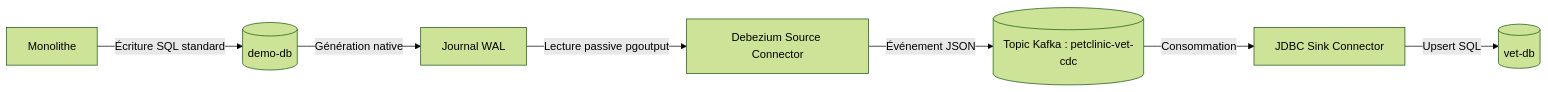
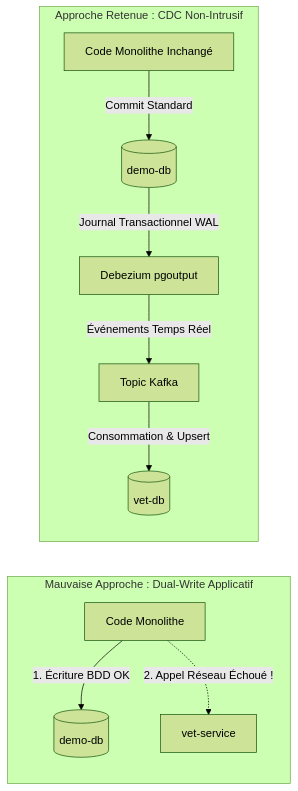
One commit to abdochiguer/Monolith-to-Microservices-Migration changed the sixth of 8 diagrams in README.md. Above: the diagram before and after it, drawn with Mermaid (forest theme). The commit also changed other lines of this file, not shown here.

````diff
--- a/README.md
+++ b/README.md
@@ -412,9 +330,14 @@
 ```mermaid
 flowchart LR
-    App[Monolithe] -->|Écriture SQL standard| PG[(demo-db)]
-    PG -->|Génération native| WAL[Journal WAL]
-    WAL -->|Lecture passive pgoutput| Deb[Debezium Source Connector]
-    Deb -->|Événement JSON| Topic[(Topic Kafka : petclinic-vet-cdc)]
-    Topic -->|Consommation| Sink[JDBC Sink Connector]
-    Sink -->|Upsert SQL| Target[(vet-db)]
+    subgraph Mauvaise Approche : Dual-Write Applicatif
+        App1[Code Monolithe] -->|1. Écriture BDD OK| DB1[(demo-db)]
+        App1 -.->|2. Appel Réseau Échoué !| Svc1[vet-service]
+    end
+
+    subgraph Approche Retenue : CDC Non-Intrusif
+        App2[Code Monolithe Inchangé] -->|Commit Standard| DB2[(demo-db)]
+        DB2 -->|Journal Transactionnel WAL| Deb[Debezium pgoutput]
+        Deb -->|Événements Temps Réel| K[Topic Kafka]
+        K -->|Consommation & Upsert| Target[(vet-db)]
+    end
 ```
````
